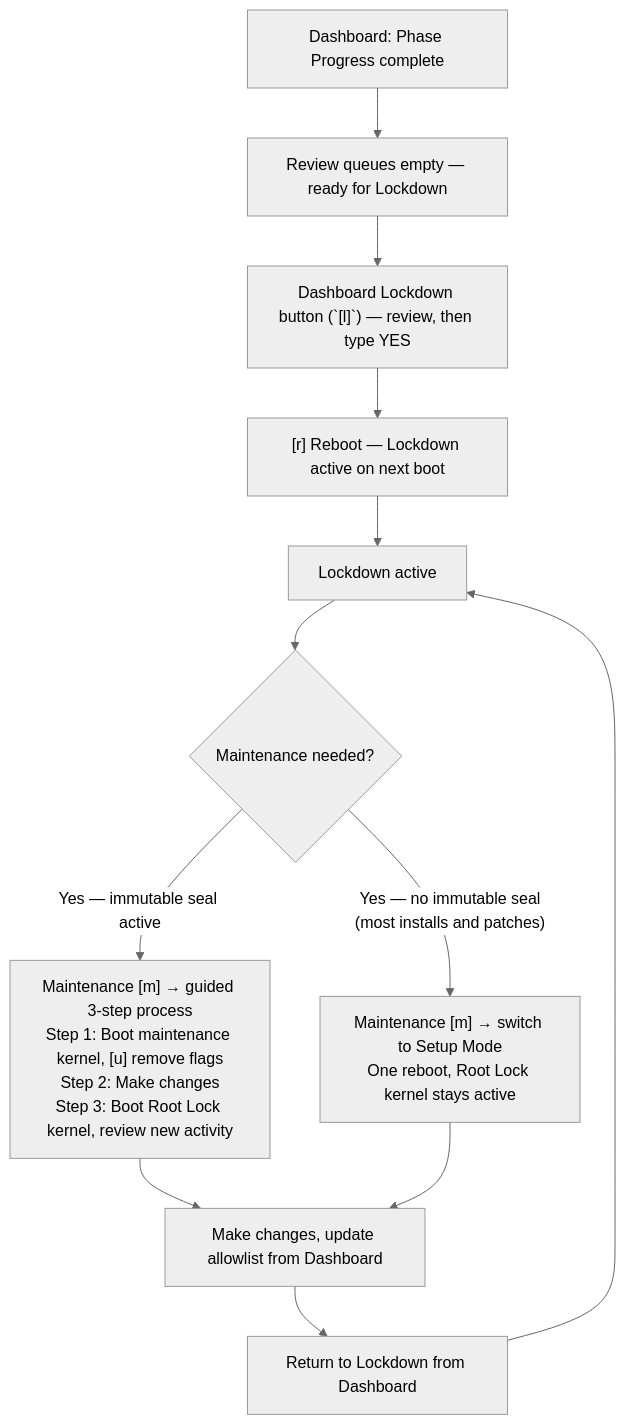
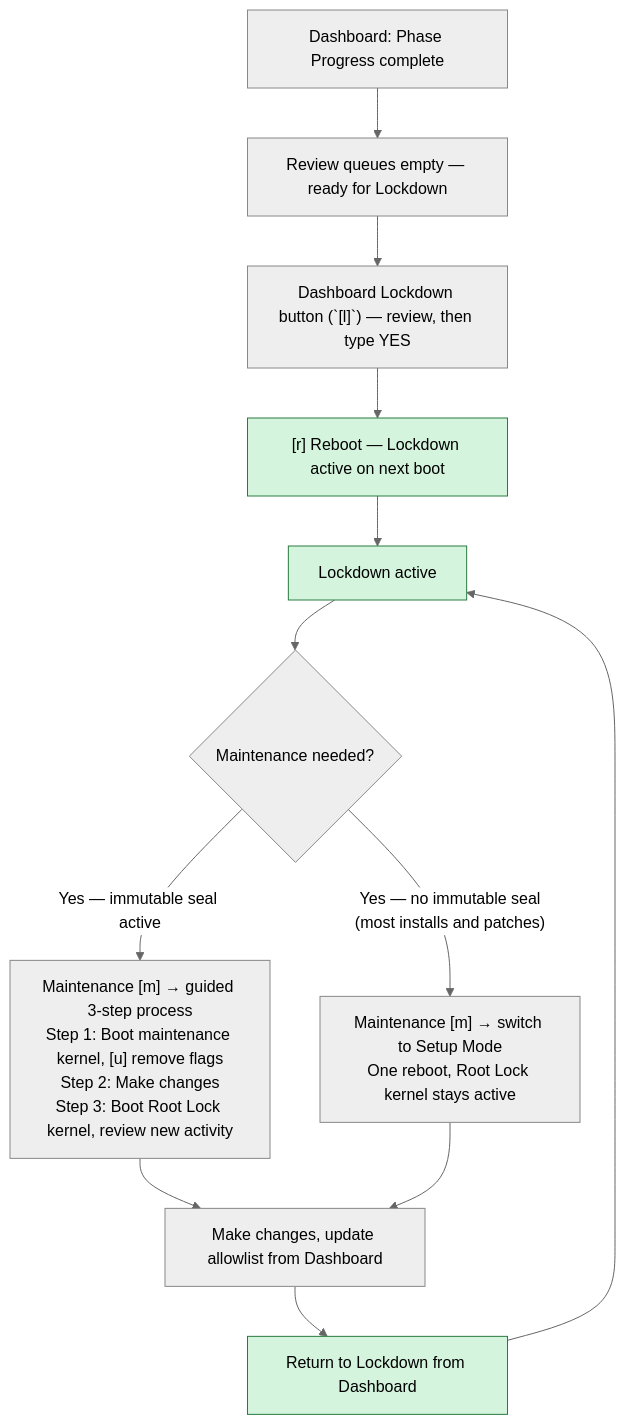
One commit to HeartSecuritySuite/heartsuite-docs changed the diagram in content/en/docs/mode-switching/index.md. Above: the diagram before and after it, drawn with Mermaid (neutral theme). The commit also changed other lines of this file and 68 other files, not shown here.

````diff
--- a/content/en/docs/mode-switching/index.md
+++ b/content/en/docs/mode-switching/index.md
@@ -62,14 +74,25 @@
 ```mermaid
 graph TD
     A["Dashboard: Phase Progress complete"] --> B["Review queues empty — ready for Lockdown"];
     B --> C["Dashboard Lockdown button (`[l]`) — review, then type YES"];
     C --> D["[r] Reboot — Lockdown active on next boot"];
     D --> E["Lockdown active"];
     E --> G{Maintenance needed?};
     G --> |"Yes — immutable seal active"| I["Maintenance [m] → guided 3-step process\nStep 1: Boot maintenance kernel, [u] remove flags\nStep 2: Make changes\nStep 3: Boot Root Lock kernel, review new activity"];
     G --> |"Yes — no immutable seal\n(most installs and patches)"| O["Maintenance [m] → switch to Setup Mode\nOne reboot, Root Lock kernel stays active"];
     I --> J["Make changes, update allowlist from Dashboard"];
     O --> J;
     J --> N["Return to Lockdown from Dashboard"];
     N --> E;
+
+    style A fill:#eee,stroke:#888
+    style B fill:#eee,stroke:#888
+    style C fill:#eee,stroke:#888
+    style G fill:#eee,stroke:#888
+    style I fill:#eee,stroke:#888
+    style O fill:#eee,stroke:#888
+    style J fill:#eee,stroke:#888
+    style D fill:#d4f4dd,stroke:#2a7a40
+    style E fill:#d4f4dd,stroke:#2a7a40
+    style N fill:#d4f4dd,stroke:#2a7a40
 ```
````
